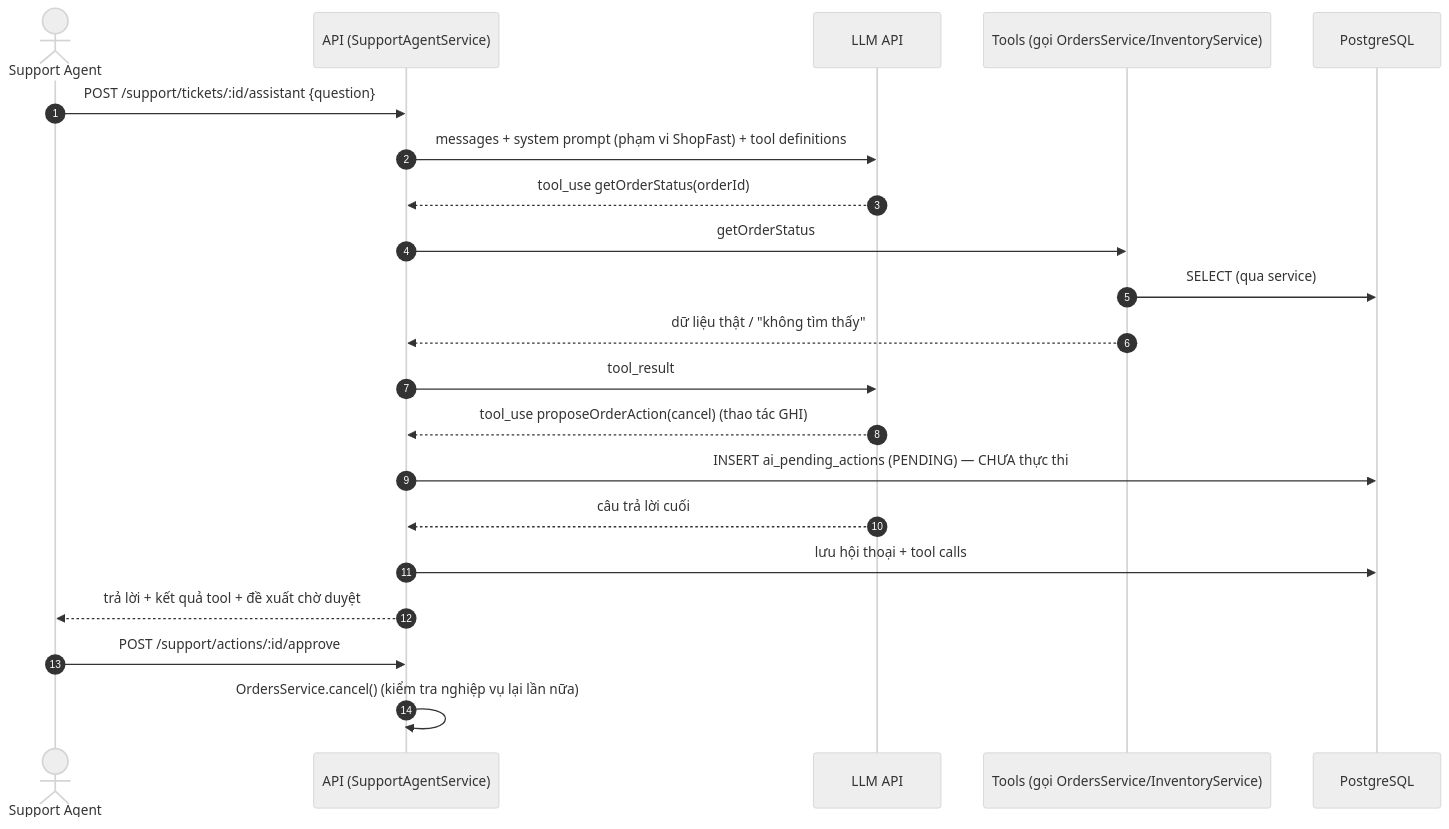
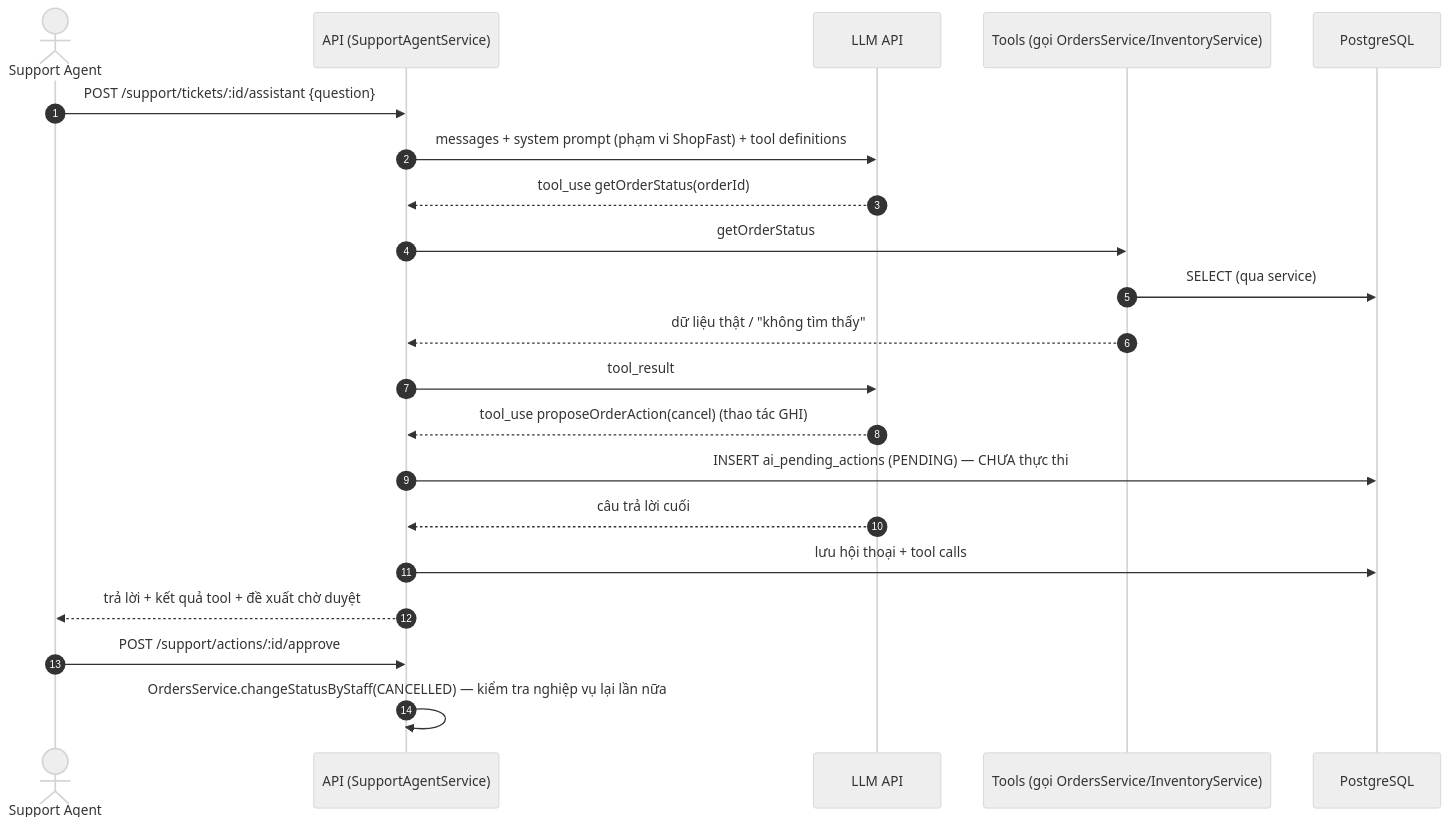
One commit to SonBanQuyenn/MD6 changed the fourth of 4 diagrams in docs/architecture.md. Above: the diagram before and after it, drawn with Mermaid (neutral theme). The commit also changed 3 other files, not shown here.

````diff
--- a/docs/architecture.md
+++ b/docs/architecture.md
@@ -217,24 +217,24 @@
 ```mermaid
 sequenceDiagram
   autonumber
   actor S as Support Agent
   participant A as API (SupportAgentService)
   participant L as LLM API
   participant T as Tools (gọi OrdersService/InventoryService)
   participant DB as PostgreSQL
 
   S->>A: POST /support/tickets/:id/assistant {question}
   A->>L: messages + system prompt (phạm vi ShopFast) + tool definitions
   L-->>A: tool_use getOrderStatus(orderId)
   A->>T: getOrderStatus
   T->>DB: SELECT (qua service)
   T-->>A: dữ liệu thật / "không tìm thấy"
   A->>L: tool_result
   L-->>A: tool_use proposeOrderAction(cancel)  (thao tác GHI)
   A->>DB: INSERT ai_pending_actions (PENDING) — CHƯA thực thi
   L-->>A: câu trả lời cuối
   A->>DB: lưu hội thoại + tool calls
   A-->>S: trả lời + kết quả tool + đề xuất chờ duyệt
   S->>A: POST /support/actions/:id/approve
-  A->>A: OrdersService.cancel() (kiểm tra nghiệp vụ lại lần nữa)
+  A->>A: OrdersService.changeStatusByStaff(CANCELLED) — kiểm tra nghiệp vụ lại lần nữa
 ```
````
